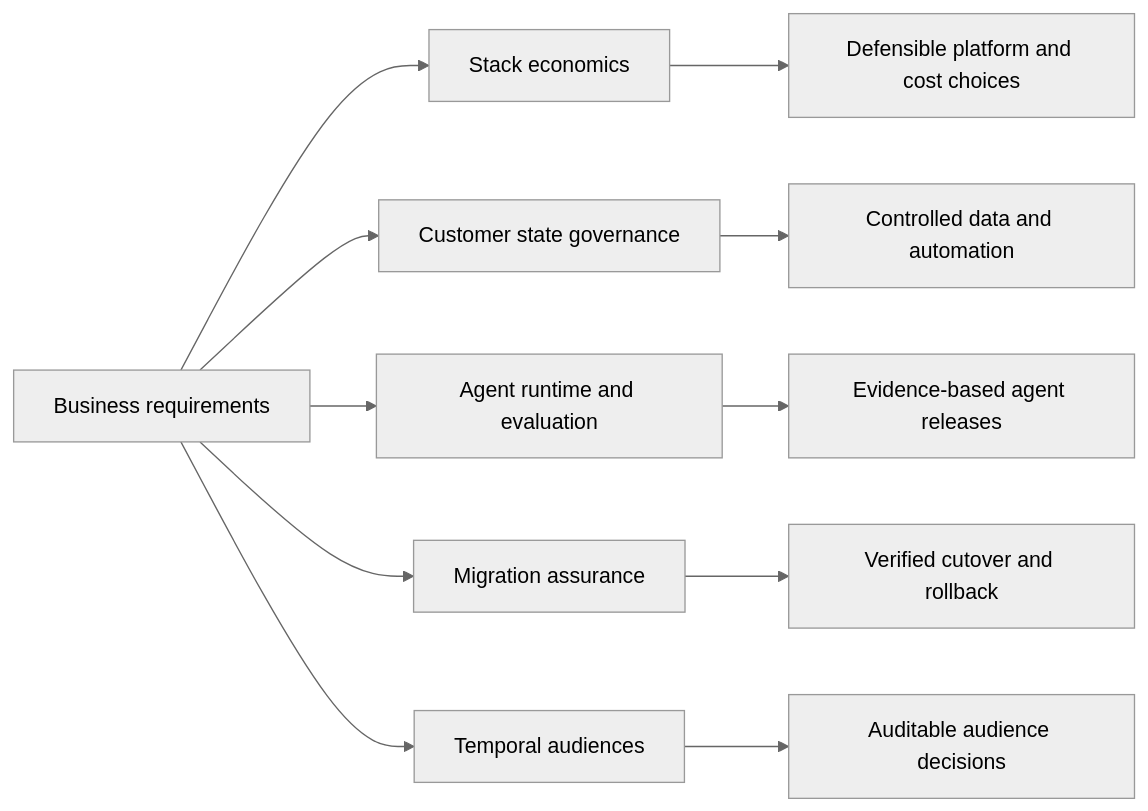
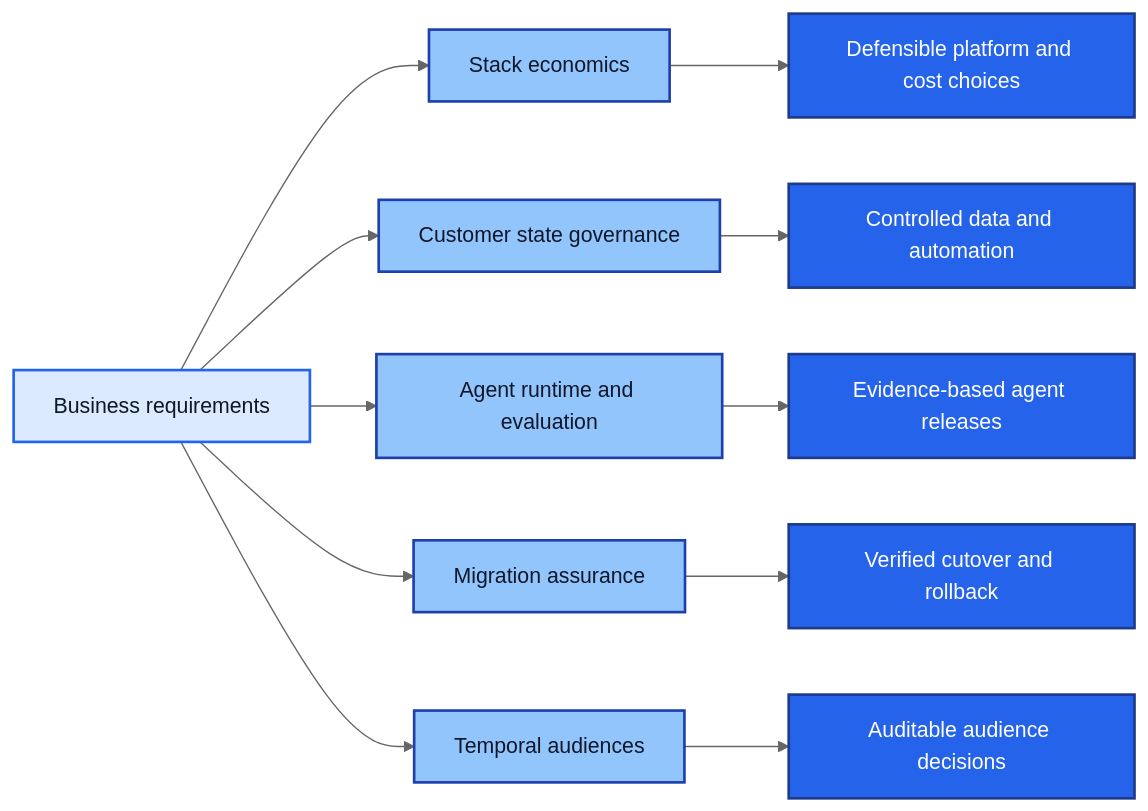
The diagram in README.md (rlbsem/rlbsem), drawn with Mermaid (neutral theme) before and after one commit.

Commit message:
Apply consistent blue palette to portfolio architecture map

````diff
--- a/README.md
+++ b/README.md
@@ -25,13 +25,21 @@
 ```mermaid
 flowchart LR
     A[Business requirements] --> B[Stack economics]
     A --> C[Customer state governance]
     A --> D[Agent runtime and evaluation]
     A --> E[Migration assurance]
     A --> F[Temporal audiences]
     B --> G[Defensible platform and cost choices]
     C --> H[Controlled data and automation]
     D --> I[Evidence-based agent releases]
     E --> J[Verified cutover and rollback]
     F --> K[Auditable audience decisions]
+
+    classDef source fill:#dbeafe,stroke:#2563eb,color:#0f172a,stroke-width:2px;
+    classDef capability fill:#93c5fd,stroke:#1e40af,color:#0f172a,stroke-width:2px;
+    classDef output fill:#2563eb,stroke:#1e3a8a,color:#ffffff,stroke-width:2px;
+
+    class A source;
+    class B,C,D,E,F capability;
+    class G,H,I,J,K output;
 ```
````
